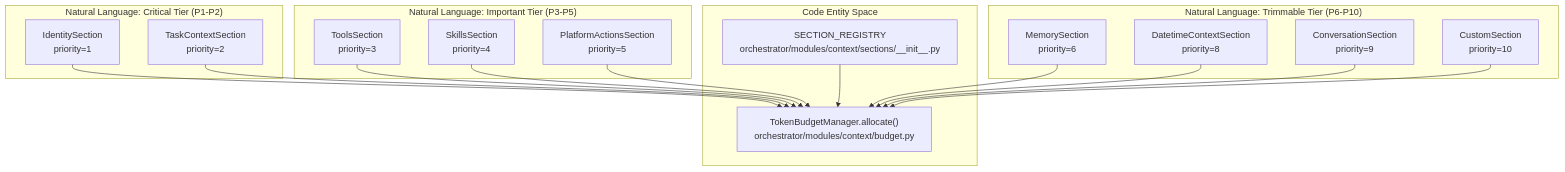
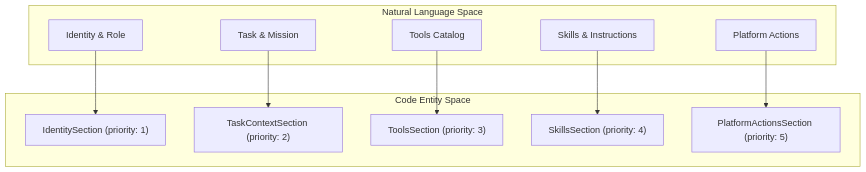
One commit to AutomatosAI/automatos-ai changed the first of 3 diagrams in docs/context-service/section-priority-system.md. Above: the diagram before and after it, drawn with Mermaid. The commit also changed other lines of this file and 188 other files, not shown here.

First line of the commit message:
docs: refresh architecture docs and add coverage for new subsystems (#1416)

````diff
--- a/docs/context-service/section-priority-system.md
+++ b/docs/context-service/section-priority-system.md
@@ -52,36 +47,24 @@
 ```mermaid
 graph TB
-    subgraph "Natural Language: Critical Tier (P1-P2)"
-        Identity["IdentitySection<br/>priority=1"]
-        Task["TaskContextSection<br/>priority=2"]
+    subgraph "Natural Language Space"
+        P1["Identity & Role"]
+        P2["Task & Mission"]
+        P3["Tools Catalog"]
+        P4["Skills & Instructions"]
+        P5["Platform Actions"]
+    end
+    
+    subgraph "Code Entity Space"
+        E1["IdentitySection (priority: 1)"]
+        E2["TaskContextSection (priority: 2)"]
+        E3["ToolsSection (priority: 3)"]
+        E4["SkillsSection (priority: 4)"]
+        E5["PlatformActionsSection (priority: 5)"]
     end
 
-    subgraph "Natural Language: Important Tier (P3-P5)"
-        Tools["ToolsSection<br/>priority=3"]
-        Skills["SkillsSection<br/>priority=4"]
-        Actions["PlatformActionsSection<br/>priority=5"]
-    end
-
-    subgraph "Natural Language: Trimmable Tier (P6-P10)"
-        Memory["MemorySection<br/>priority=6"]
-        Datetime["DatetimeContextSection<br/>priority=8"]
-        Conv["ConversationSection<br/>priority=9"]
-        Custom["CustomSection<br/>priority=10"]
-    end
-
-    subgraph "Code Entity Space"
-        Registry["SECTION_REGISTRY<br/>orchestrator/modules/context/sections/__init__.py"]
-        Manager["TokenBudgetManager.allocate()<br/>orchestrator/modules/context/budget.py"]
-    end
-
-    Identity --> Manager
-    Task --> Manager
-    Tools --> Manager
-    Skills --> Manager
-    Actions --> Manager
-    Memory --> Manager
-    Datetime --> Manager
-    Conv --> Manager
-    Custom --> Manager
-    Registry --> Manager
+    P1 --> E1
+    P2 --> E2
+    P3 --> E3
+    P4 --> E4
+    P5 --> E5
 ```
````
